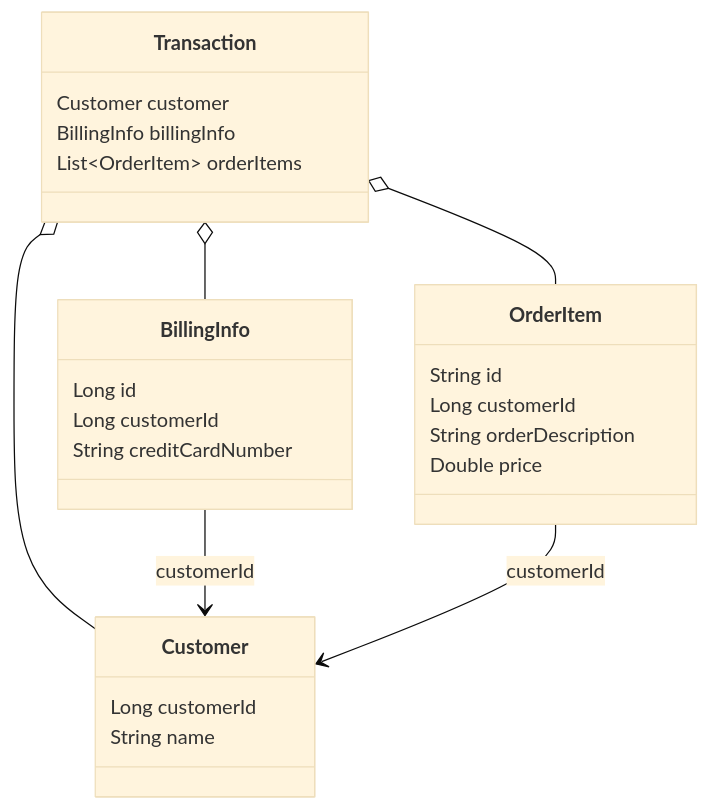
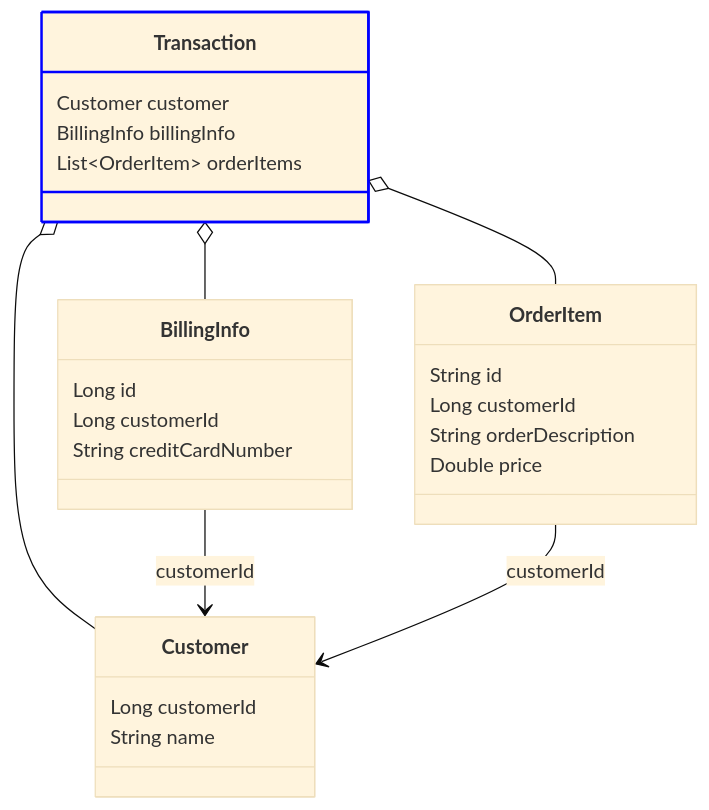
Before and after one commit to pellse/assembler: the first of 3 diagrams in README.md, drawn with Mermaid (base theme). The commit also changed other lines of this file, not shown here.

````diff
--- a/README.md
+++ b/README.md
@@ -50,33 +50,34 @@
 ```mermaid
 classDiagram
     class Customer {
         Long customerId
         String name
     }
 
     class BillingInfo {
         Long id
         Long customerId
         String creditCardNumber
     }
 
     class OrderItem {
         String id
         Long customerId
         String orderDescription
         Double price
     }
 
     class Transaction {
         Customer customer
         BillingInfo billingInfo
         List~OrderItem~ orderItems
     }
 
     Transaction o-- Customer
     Transaction o-- BillingInfo
     Transaction o-- OrderItem
     BillingInfo --> Customer : customerId
     OrderItem --> Customer : customerId
 
+    style Transaction stroke:#0000FF, stroke-width:2px
 ```
````
